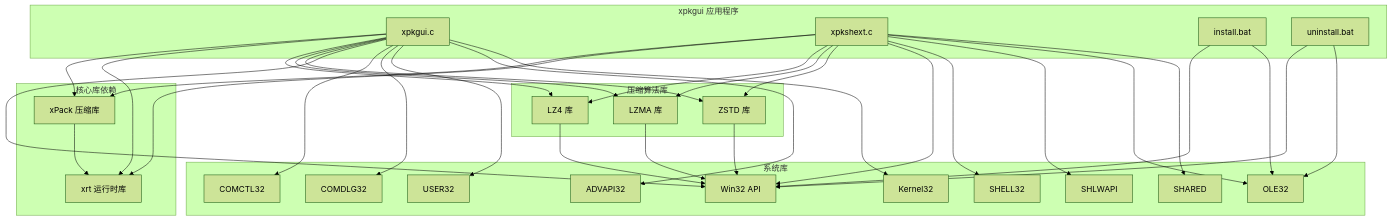
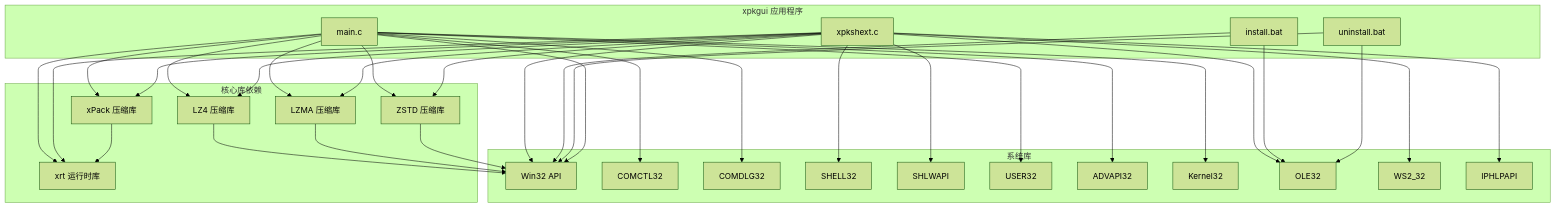
One commit to xywhsoft/xpack changed diagram 13 of 15 in .qoder/repowiki/zh/content/开发者指南/xpkgui 图形界面工具.md. Above: the diagram before and after it, drawn with Mermaid (forest theme). The commit also changed other lines of this file and 14 other files, not shown here.

````diff
--- a/.qoder/repowiki/zh/content/开发者指南/xpkgui 图形界面工具.md
+++ b/.qoder/repowiki/zh/content/开发者指南/xpkgui 图形界面工具.md
@@ -827,59 +722,59 @@
 ```mermaid
 graph TB
 subgraph "xpkgui 应用程序"
-A[xpkgui.c]
+A[main.c]
 B[xpkshext.c]
 C[install.bat]
 D[uninstall.bat]
 end
 subgraph "核心库依赖"
 E[xPack 压缩库]
 F[xrt 运行时库]
-end
-subgraph "压缩算法库"
-G[LZ4 库]
-H[LZMA 库]
-I[ZSTD 库]
+G[LZ4 压缩库]
+H[LZMA 压缩库]
+I[ZSTD 压缩库]
 end
 subgraph "系统库"
 J[Win32 API]
 K[COMCTL32]
 L[COMDLG32]
 M[SHELL32]
 N[SHLWAPI]
 O[USER32]
 P[ADVAPI32]
 Q[Kernel32]
 R[OLE32]
-S[SHARED]
+S[WS2_32]
+T[IPHLPAPI]
 end
 A --> E
 A --> F
 A --> G
 A --> H
 A --> I
 B --> E
 B --> F
 B --> G
 B --> H
 B --> I
 B --> J
 B --> M
 B --> N
 B --> R
 B --> S
+B --> T
 C --> J
 C --> R
 D --> J
 D --> R
 A --> J
 A --> K
 A --> L
 A --> O
 A --> P
 A --> Q
 E --> F
 G --> J
 H --> J
 I --> J
 ```
````
